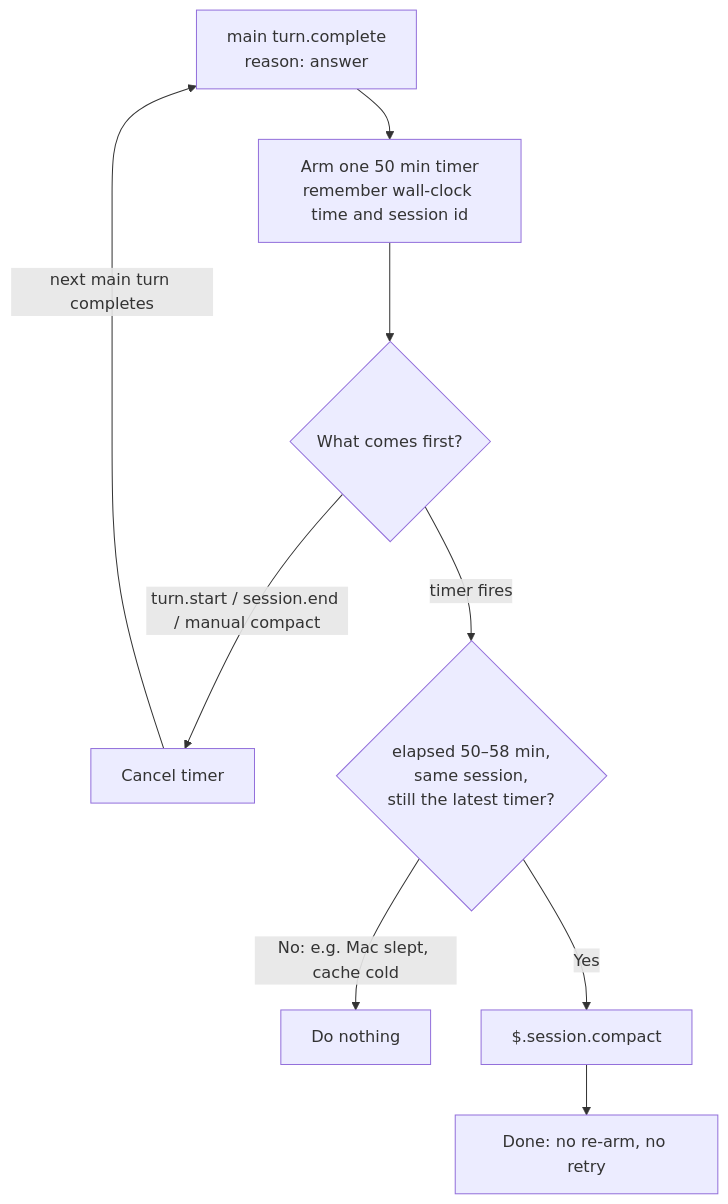
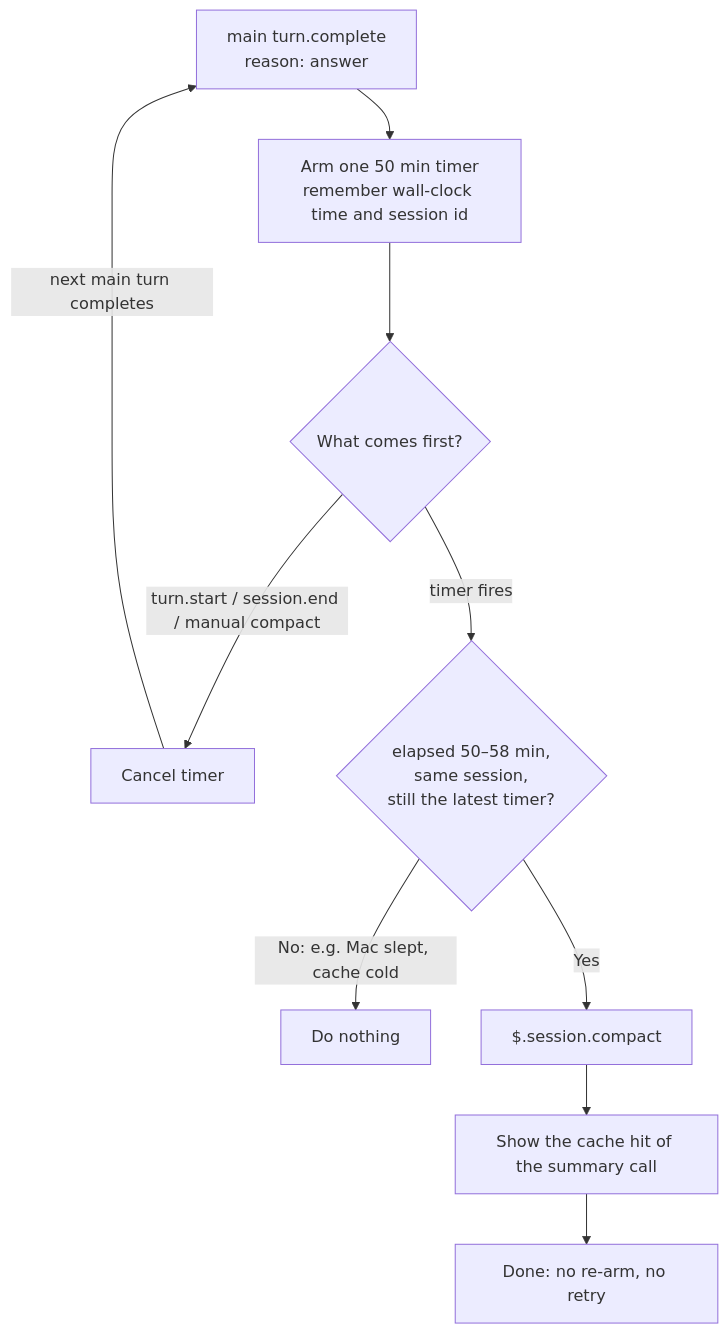
One commit to takahirom/takahirom-claude-code-marketplace changed the diagram in plugins/idle-compact/README.md. Above: the diagram before and after it, drawn with Mermaid. The commit also changed other lines of this file and 4 other files, not shown here.

Commit message:
Show the prompt cache hit after the idle compaction

````diff
--- a/plugins/idle-compact/README.md
+++ b/plugins/idle-compact/README.md
@@ -18,11 +18,12 @@
 ```mermaid
 flowchart TD
     A[main turn.complete<br/>reason: answer] --> B[Arm one 50 min timer<br/>remember wall-clock time and session id]
     B --> C{What comes first?}
     C -->|turn.start / session.end / manual compact| D[Cancel timer]
     D -->|next main turn completes| A
     C -->|timer fires| E{elapsed 50–58 min,<br/>same session,<br/>still the latest timer?}
     E -->|No: e.g. Mac slept, cache cold| F[Do nothing]
     E -->|Yes| G[$.session.compact]
-    G --> H[Done: no re-arm, no retry]
+    G --> I[Show the cache hit of the summary call]
+    I --> H[Done: no re-arm, no retry]
 ```
````
